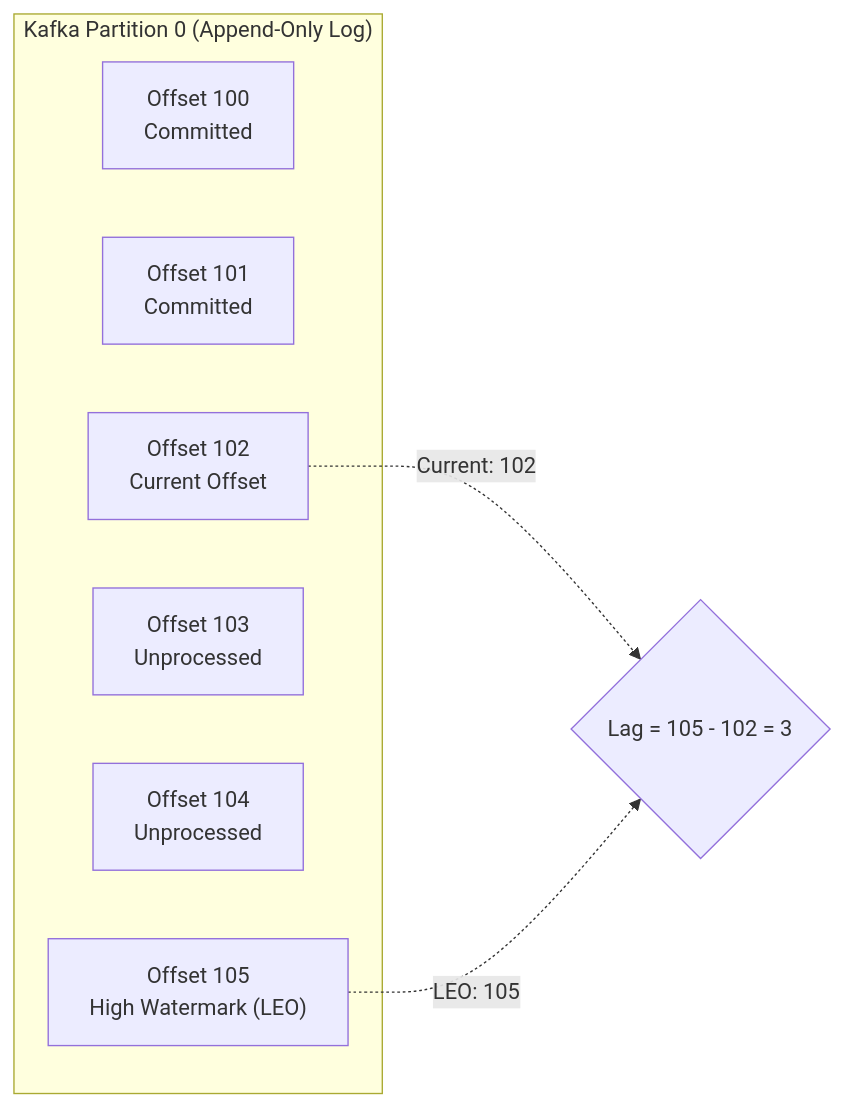
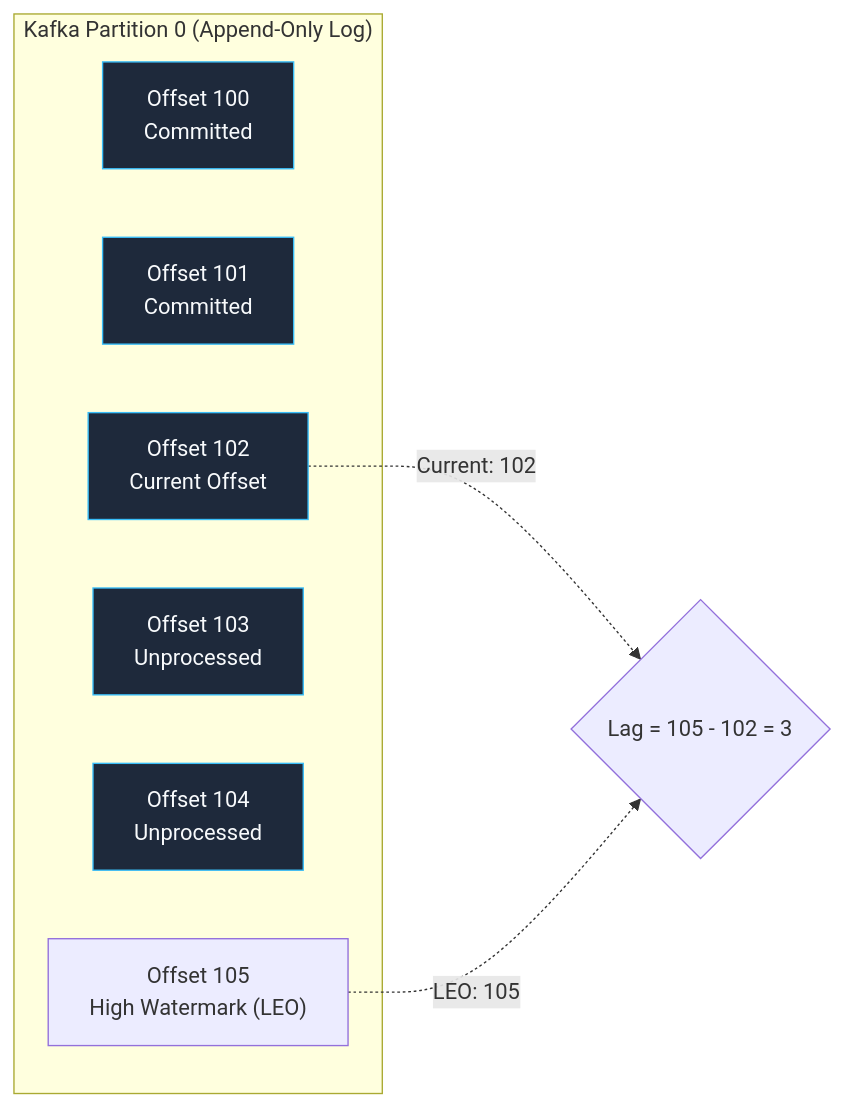
One commit to UnrealTemplier/go-textbook changed the third of 4 diagrams in sources/13. Очереди, брокеры сообщений и оркестраторы/07. Практика/9. Мониторинг lag и throughput.md. Above: the diagram before and after it, drawn with Mermaid. The commit also changed other lines of this file and 1666 other files, not shown here.

First line of the commit message:
feat(mermaid): add semantic color classDef to 1369 colorless flowchart/graph diagrams

````diff
--- a/sources/13. Очереди, брокеры сообщений и оркестраторы/07. Практика/9. Мониторинг lag и throughput.md
+++ b/sources/13. Очереди, брокеры сообщений и оркестраторы/07. Практика/9. Мониторинг lag и throughput.md
@@ -95,13 +115,23 @@
 ```mermaid
 flowchart LR
+    classDef process  fill:#1e293b,stroke:#38bdf8,stroke-width:1px,color:#f8fafc
+    classDef success  fill:#064e3b,stroke:#34d399,stroke-width:1px,color:#f8fafc
+    classDef error    fill:#7f1d1d,stroke:#f87171,stroke-width:1px,color:#f8fafc
+    classDef warning  fill:#78350f,stroke:#fbbf24,stroke-width:1px,color:#f8fafc
+    classDef entry    fill:#1e3a5f,stroke:#38bdf8,stroke-width:2px,color:#f8fafc
+    classDef aux      fill:#334155,stroke:#64748b,stroke-width:1px,color:#f8fafc
+    classDef system   fill:#312e81,stroke:#a78bfa,stroke-width:1px,color:#f8fafc
+    classDef data     fill:#132d29,stroke:#2dd4bf,stroke-width:1px,color:#f8fafc
+    classDef network  fill:#881337,stroke:#fb7185,stroke-width:1px,color:#f8fafc
+    classDef accent   fill:#1e1b4b,stroke:#818cf8,stroke-width:1px,color:#f8fafc
     subgraph "Kafka Partition 0 (Append-Only Log)"
-        O0["Offset 100<br>Committed"]
-        O1["Offset 101<br>Committed"]
-        O2["Offset 102<br>Current Offset"]
-        O3["Offset 103<br>Unprocessed"]
-        O4["Offset 104<br>Unprocessed"]
+        O0["Offset 100<br>Committed"]:::process
+        O1["Offset 101<br>Committed"]:::process
+        O2["Offset 102<br>Current Offset"]:::process
+        O3["Offset 103<br>Unprocessed"]:::process
+        O4["Offset 104<br>Unprocessed"]:::process
         O5["Offset 105<br>High Watermark (LEO)"]
     end
     O2 -.->|"Current: 102"| LagCalc{"Lag = 105 - 102 = 3"}
     O5 -.->|"LEO: 105"| LagCalc
 ```
````
